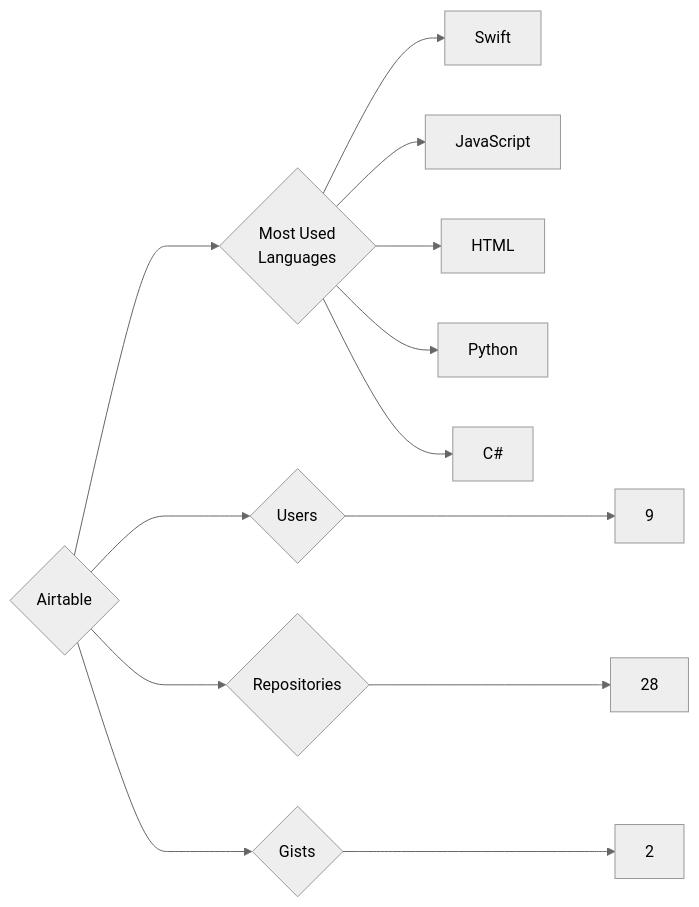
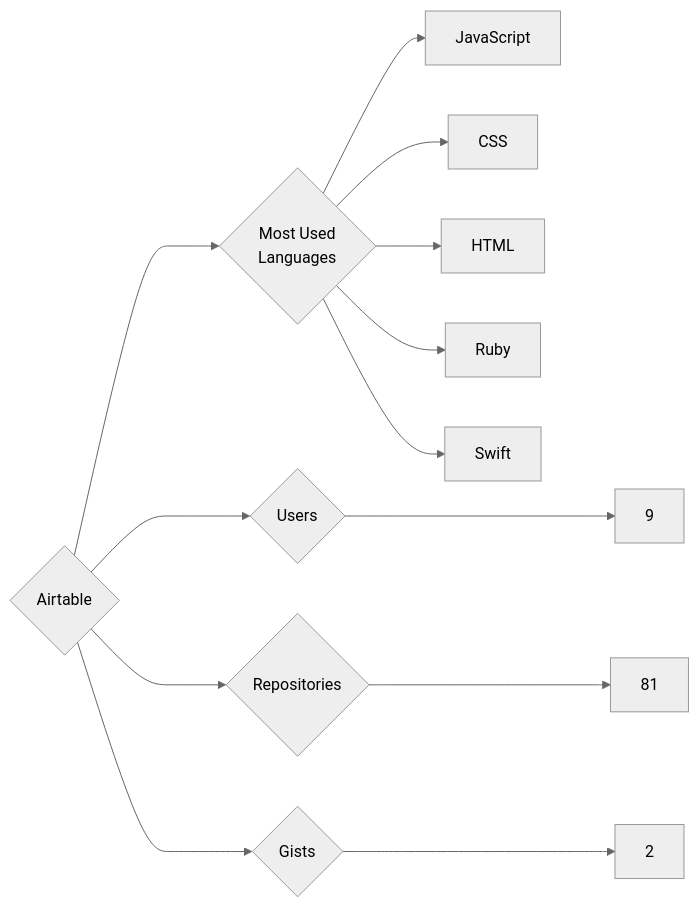
The diagram in targets/Airtable/README.md (trickest/insiders), drawn with Mermaid (neutral theme) before and after one commit. The commit also changed 1170 other files, not shown here.

````diff
--- a/targets/Airtable/README.md
+++ b/targets/Airtable/README.md
@@ -3,13 +3,13 @@
 ```mermaid
 graph LR
 COMPANY_NAME{Airtable}
 COMPANY_NAME ---> U{Users} ---> UN[9]
-COMPANY_NAME ---> R{Repositories} ---> RN[28]
+COMPANY_NAME ---> R{Repositories} ---> RN[81]
 COMPANY_NAME ---> G{Gists} ---> GN[2]
 COMPANY_NAME ---> ML{Most Used<br>Languages}
+ML --> JavaScript[JavaScript]
+ML --> CSS[CSS]
+ML --> HTML[HTML]
+ML --> Ruby[Ruby]
 ML --> Swift[Swift]
-ML --> JavaScript[JavaScript]
-ML --> HTML[HTML]
-ML --> Python[Python]
-ML --> C#[C#]
 ```
````
